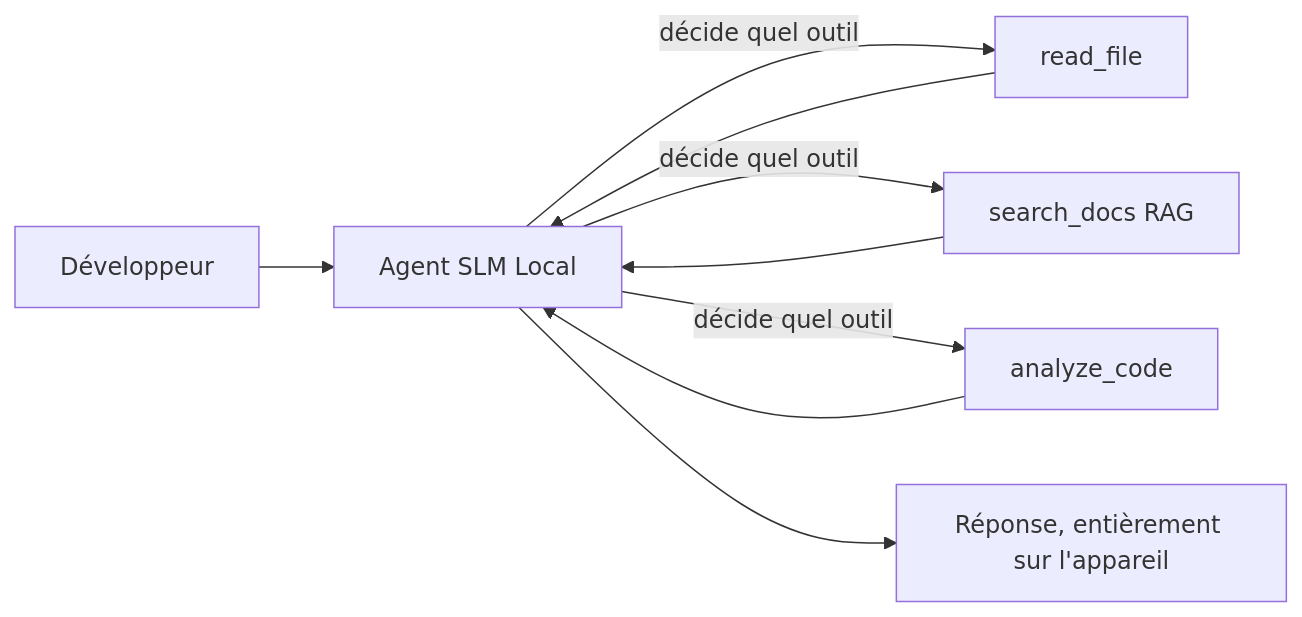
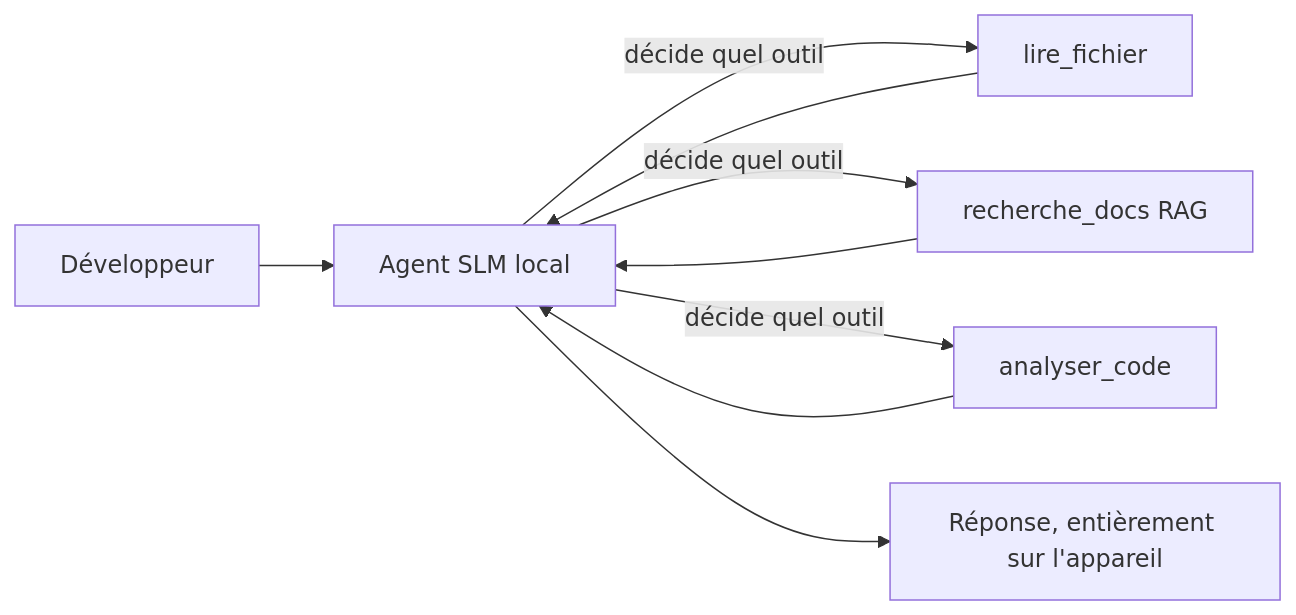
Before and after one commit to microsoft/ai-agents-for-beginners: the first of 4 diagrams in translations/fr/17-creating-local-ai-agents/README.md, drawn with Mermaid. The commit also changed other lines of this file and 47 other files, not shown here.

````diff
--- a/translations/fr/17-creating-local-ai-agents/README.md
+++ b/translations/fr/17-creating-local-ai-agents/README.md
@@ -66,11 +66,11 @@
 ```mermaid
 flowchart LR
-    U[Développeur] --> A[Agent SLM Local]
-    A -->|décide quel outil| T1[read_file]
-    A -->|décide quel outil| T2[search_docs RAG]
-    A -->|décide quel outil| T3[analyze_code]
+    U[Développeur] --> A[Agent SLM local]
+    A -->|décide quel outil| T1[lire_fichier]
+    A -->|décide quel outil| T2[recherche_docs RAG]
+    A -->|décide quel outil| T3[analyser_code]
     T1 --> A
     T2 --> A
     T3 --> A
     A --> R[Réponse, entièrement sur l'appareil]
 ```
````
